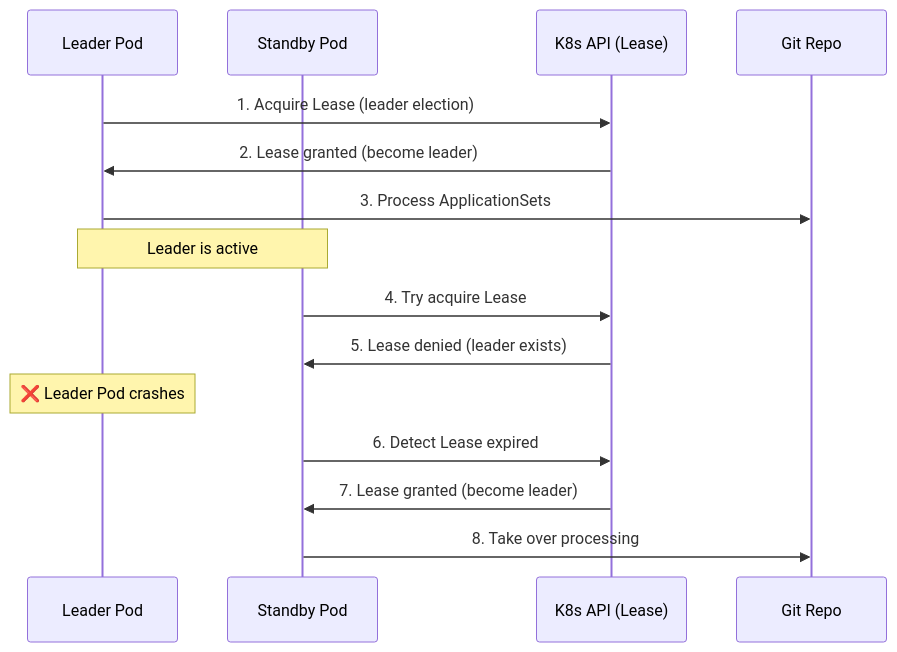
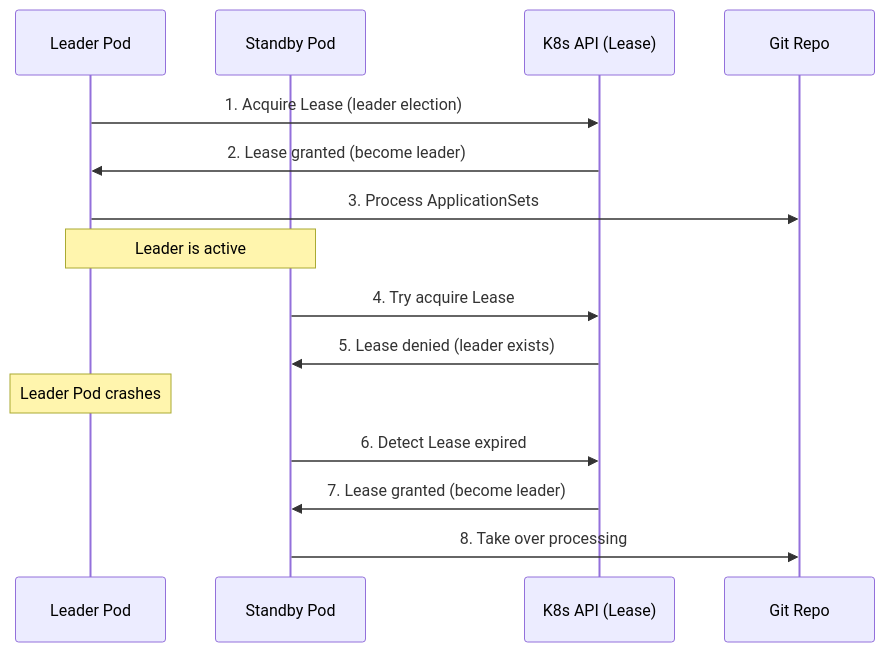
The third of 12 diagrams in docs/cicd/week6-argocd-final.md (juwon8891/juwon8891.github.io), drawn with Mermaid before and after one commit. The commit also changed other lines of this file and 25 other files, not shown here.

````diff
--- a/docs/cicd/week6-argocd-final.md
+++ b/docs/cicd/week6-argocd-final.md
@@ -208,23 +206,23 @@
 ```mermaid
 sequenceDiagram
     participant L as Leader Pod
     participant S as Standby Pod
     participant K as K8s API (Lease)
     participant G as Git Repo
 
     L->>K: 1. Acquire Lease (leader election)
     K->>L: 2. Lease granted (become leader)
     L->>G: 3. Process ApplicationSets
 
     Note over L,S: Leader is active
 
     S->>K: 4. Try acquire Lease
     K->>S: 5. Lease denied (leader exists)
 
-    Note over L: ❌ Leader Pod crashes
+    Note over L: Leader Pod crashes
 
     S->>K: 6. Detect Lease expired
     K->>S: 7. Lease granted (become leader)
     S->>G: 8. Take over processing
 
 ```
````
